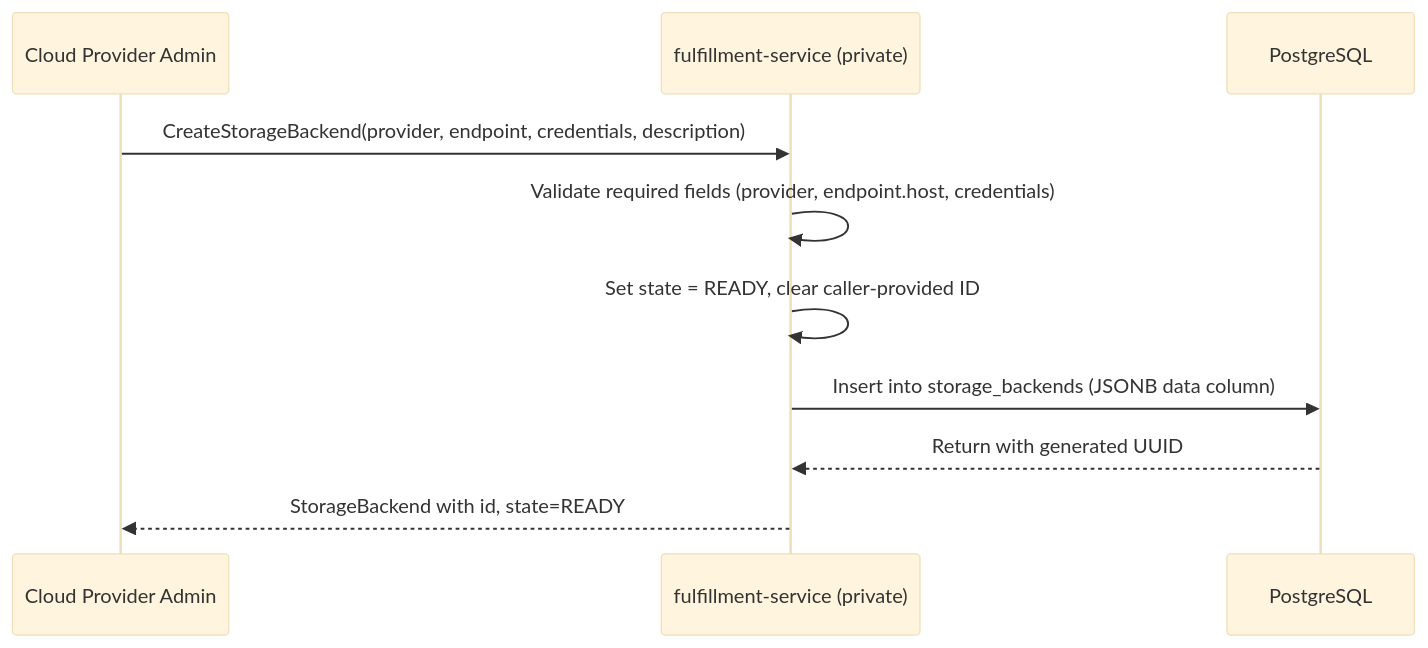
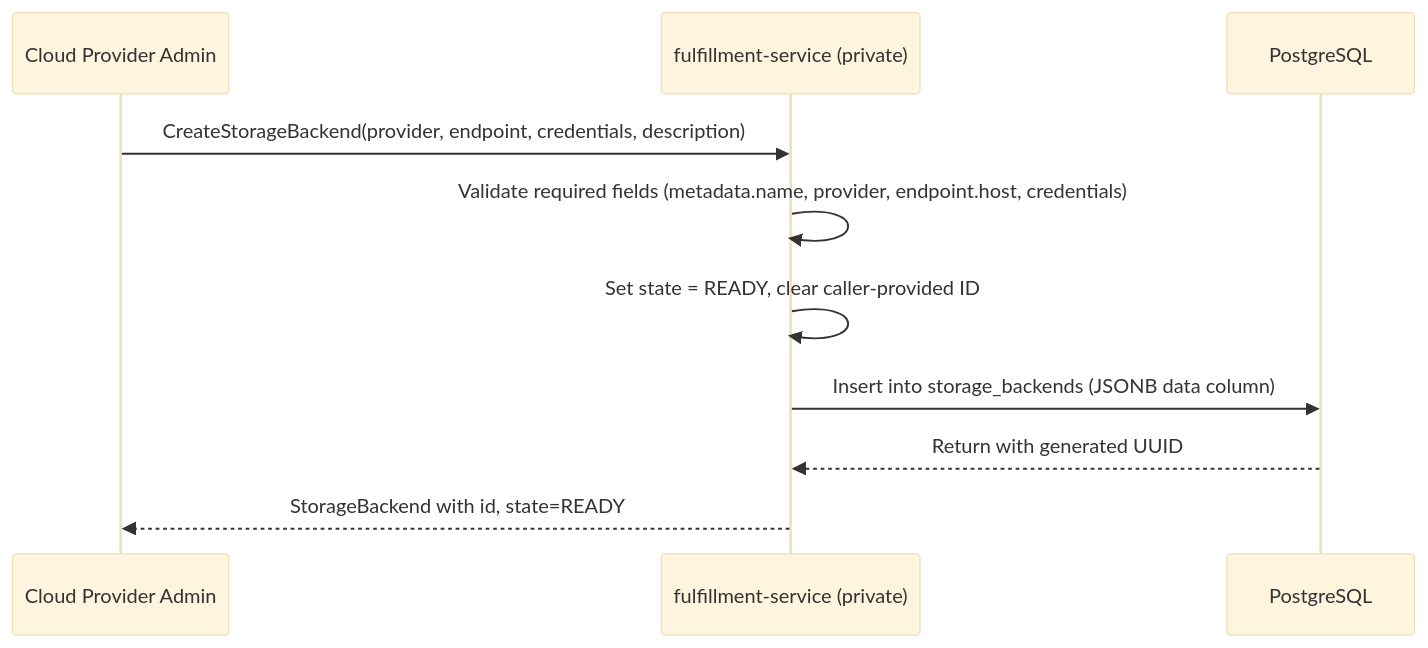
Before and after one commit to osac-project/enhancement-proposals: the diagram in enhancements/storage-backend-osac-1111/design.md, drawn with Mermaid (base theme). The commit also changed other lines of this file, not shown here.

First line of the commit message:
OSAC-1111: enforce metadata.name as required, immutable, and DNS-validated

````diff
--- a/enhancements/storage-backend-osac-1111/design.md
+++ b/enhancements/storage-backend-osac-1111/design.md
@@ -69,13 +69,13 @@
 ```mermaid
 sequenceDiagram
     participant Admin as Cloud Provider Admin
     participant FS as fulfillment-service (private)
     participant DB as PostgreSQL
 
     Admin->>FS: CreateStorageBackend(provider, endpoint, credentials, description)
-    FS->>FS: Validate required fields (provider, endpoint.host, credentials)
+    FS->>FS: Validate required fields (metadata.name, provider, endpoint.host, credentials)
     FS->>FS: Set state = READY, clear caller-provided ID
     FS->>DB: Insert into storage_backends (JSONB data column)
     DB-->>FS: Return with generated UUID
     FS-->>Admin: StorageBackend with id, state=READY
 ```
````
